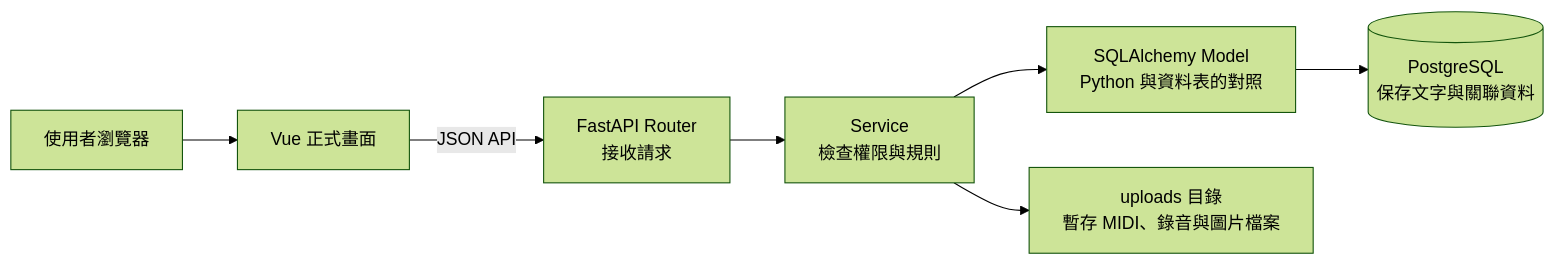
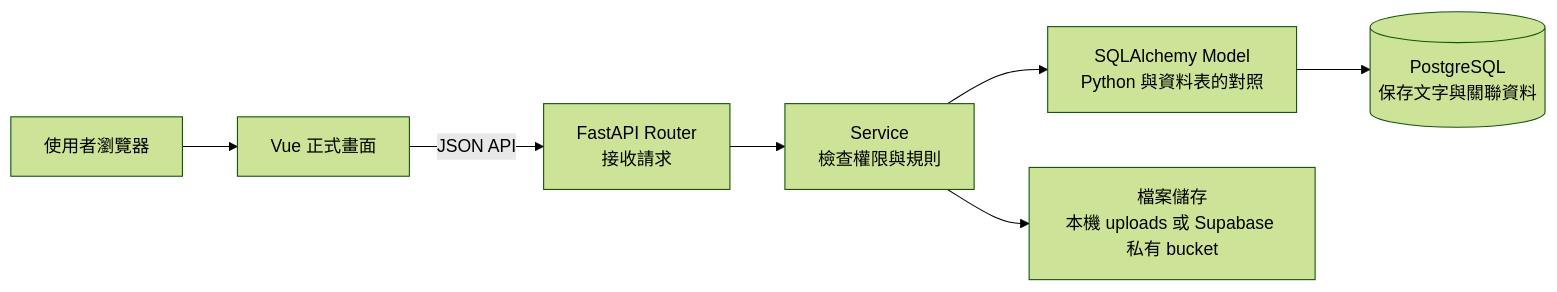
Before and after one commit to AnChen1026/AIPE04_group3: the first of 2 diagrams in docs/專案架構與開發驗證手冊.md, drawn with Mermaid (forest theme). The commit also changed other lines of this file and 40 other files, not shown here.

````diff
--- a/docs/專案架構與開發驗證手冊.md
+++ b/docs/專案架構與開發驗證手冊.md
@@ -16,9 +16,9 @@
 ```mermaid
 flowchart LR
     U[使用者瀏覽器] --> V[Vue 正式畫面]
     V -->|JSON API| R[FastAPI Router<br/>接收請求]
     R --> S[Service<br/>檢查權限與規則]
     S --> M[SQLAlchemy Model<br/>Python 與資料表的對照]
     M --> P[(PostgreSQL<br/>保存文字與關聯資料)]
-    S --> F[uploads 目錄<br/>暫存 MIDI、錄音與圖片檔案]
+    S --> F[檔案儲存<br/>本機 uploads 或 Supabase 私有 bucket]
 ```
````
